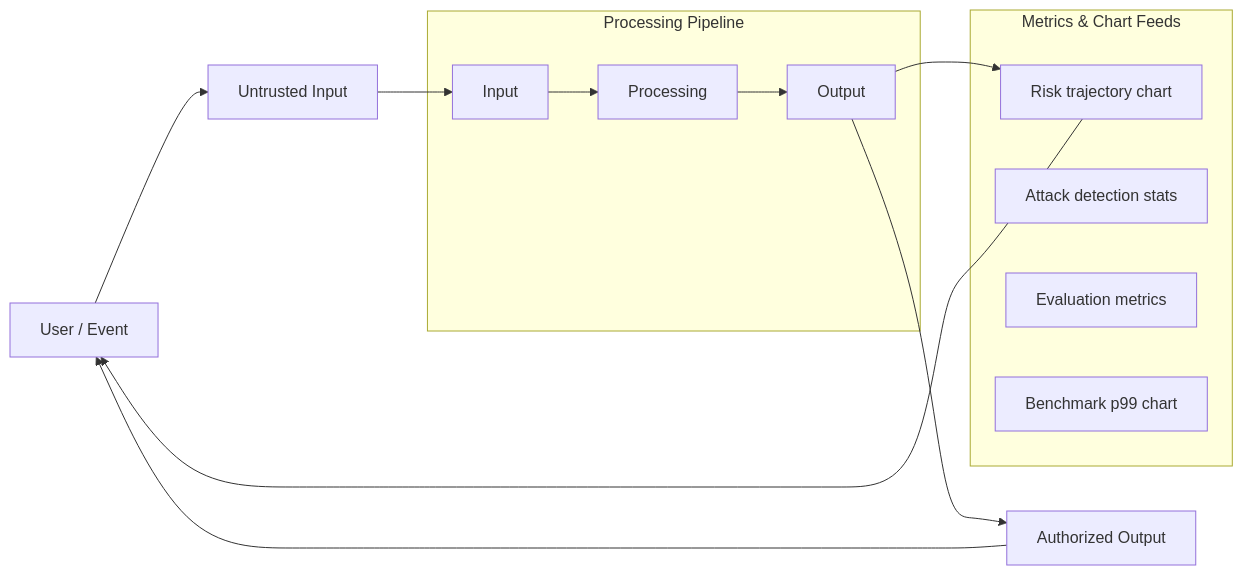
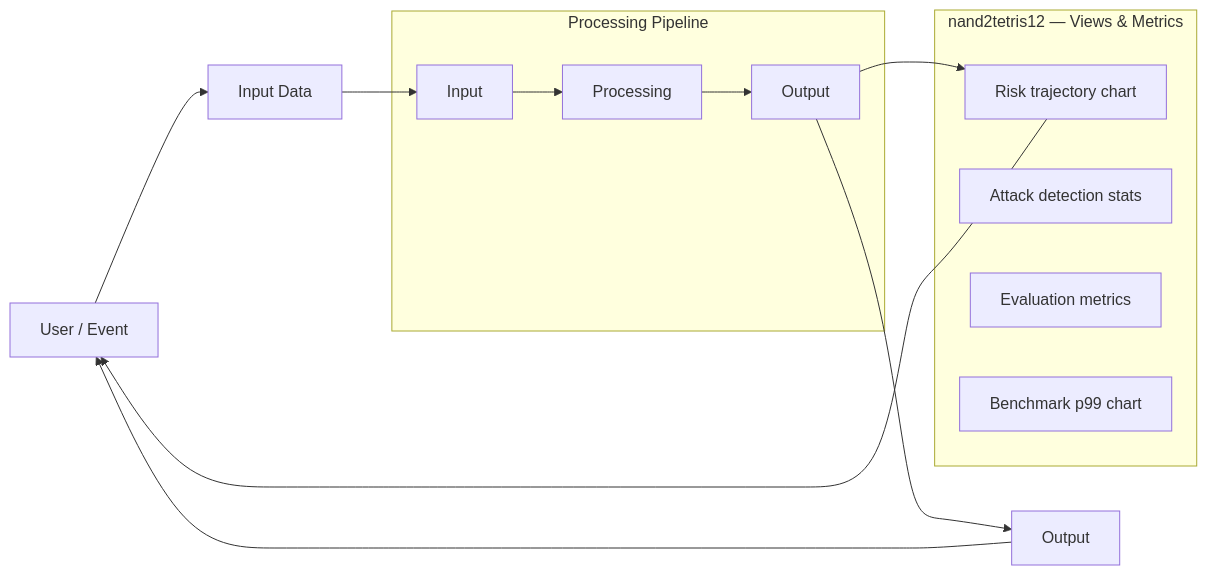
Before and after one commit to Punyamittal/nand2tetris12: the second of 3 diagrams in README.md, drawn with Mermaid. The commit also changed other lines of this file, not shown here.

````diff
--- a/README.md
+++ b/README.md
@@ -96,25 +75,25 @@
 ```mermaid
 flowchart LR
-    U["User / Event"] --> IN["Untrusted Input"]
+    U["User / Event"] --> IN["Input Data"]
 
     subgraph Pipeline["Processing Pipeline"]
         p0["Input"]
         p1["Processing"]
         p2["Output"]
         p0 --> p1
         p1 --> p2
     end
 
-    subgraph Metrics["Metrics & Chart Feeds"]
+    subgraph Metrics["nand2tetris12 — Views & Metrics"]
         risk_trajectory["Risk trajectory chart"]
         attack_stats["Attack detection stats"]
         eval_metrics["Evaluation metrics"]
         benchmark_p99["Benchmark p99 chart"]
     end
 
     IN --> p0
-    p2 --> OUT["Authorized Output"]
+    p2 --> OUT["Output"]
     OUT --> U
     p2 --> risk_trajectory
     risk_trajectory --> U
 ```
````
